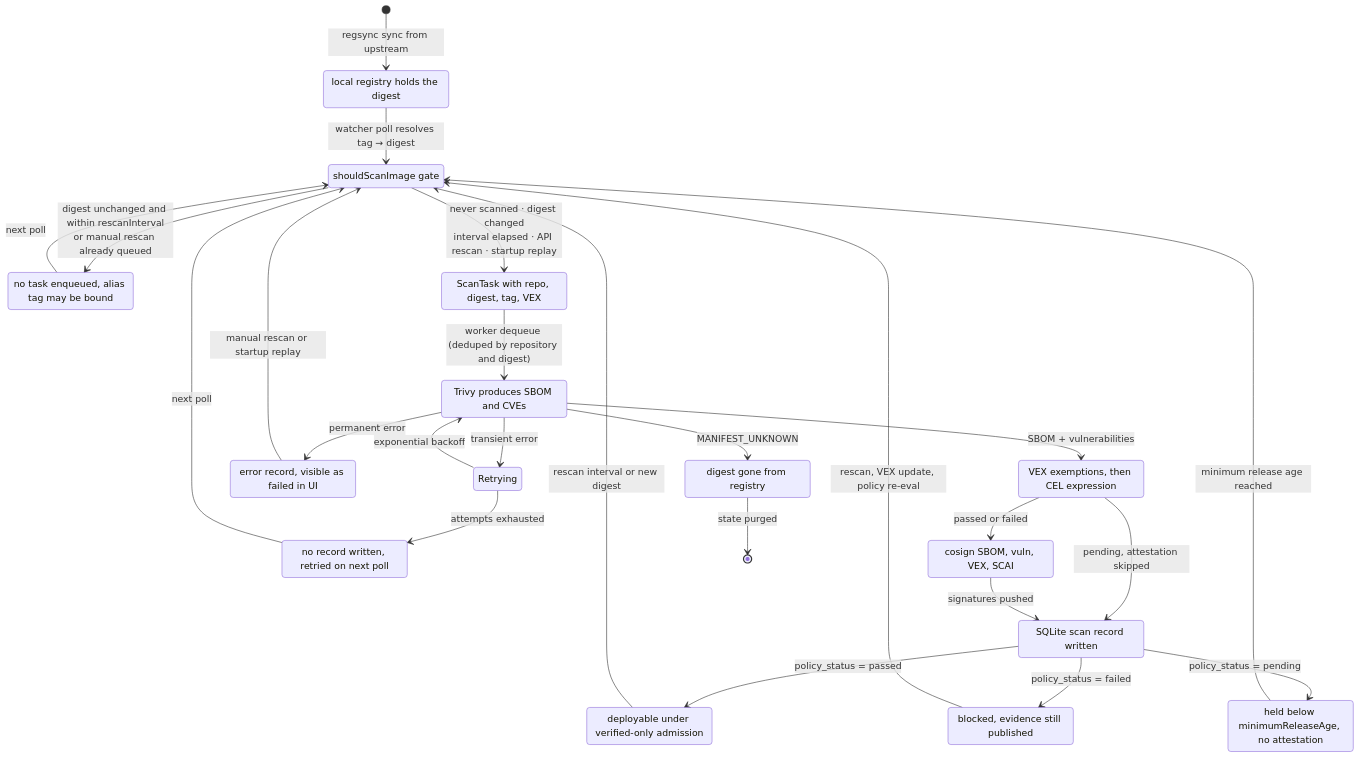
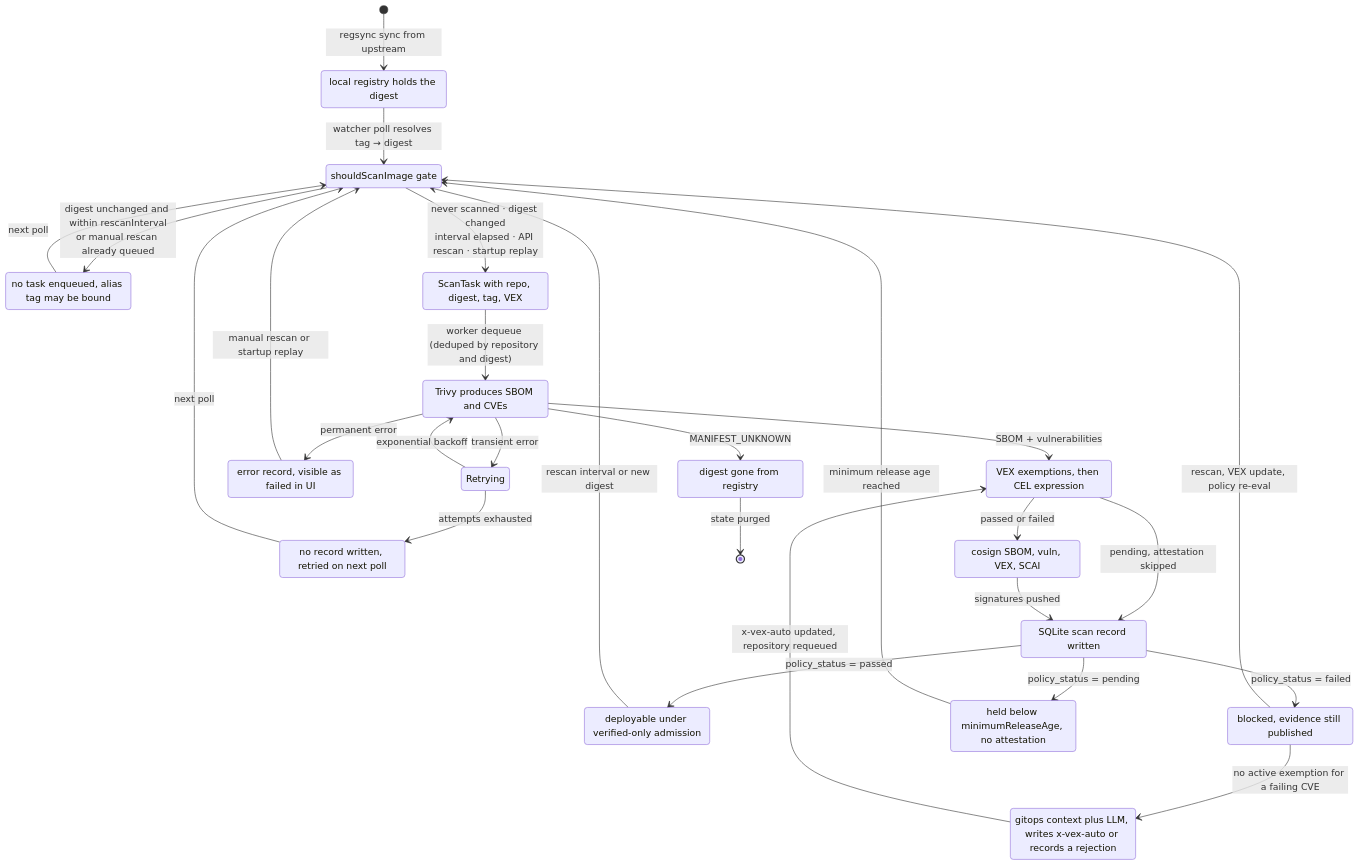
One commit to daimoniac/suppline changed the first of 3 diagrams in docs/STATE_MACHINE.md. Above: the diagram before and after it, drawn with Mermaid. The commit also changed other lines of this file and 52 other files, not shown here.

First line of the commit message:
feat(triage): decide policy exceptions from gitops context

````diff
--- a/docs/STATE_MACHINE.md
+++ b/docs/STATE_MACHINE.md
@@ -7,53 +7,56 @@
 ```mermaid
 stateDiagram-v2
     direction TB
 
     [*] --> Mirrored : regsync sync from upstream
 
     Mirrored --> Watched : watcher poll resolves tag → digest
 
     Watched --> Skipped : digest unchanged and within rescanInterval<br/>or manual rescan already queued
     Skipped --> Watched : next poll
 
     Watched --> Queued : never scanned · digest changed<br/>interval elapsed · API rescan · startup replay
 
     Queued --> Scanning : worker dequeue (deduped by repository and digest)
 
     Scanning --> Retrying : transient error
     Retrying --> Scanning : exponential backoff
     Retrying --> Abandoned : attempts exhausted
     Scanning --> ScanFailed : permanent error
     Scanning --> Vanished : MANIFEST_UNKNOWN
 
     Scanning --> Evaluating : SBOM + vulnerabilities
 
     Evaluating --> Attesting : passed or failed
     Evaluating --> Persisted : pending, attestation skipped
     Attesting --> Persisted : signatures pushed
 
     Persisted --> Passed : policy_status = passed
     Persisted --> Failed : policy_status = failed
     Persisted --> Pending : policy_status = pending
 
     Passed --> Watched : rescan interval or new digest
     Failed --> Watched : rescan, VEX update, policy re-eval
+    Failed --> Triage : no active exemption for a failing CVE
+    Triage --> Evaluating : x-vex-auto updated, repository requeued
     Pending --> Watched : minimum release age reached
     ScanFailed --> Watched : manual rescan or startup replay
     Abandoned --> Watched : next poll
     Vanished --> [*] : state purged
 
     Mirrored : local registry holds the digest
     Watched : shouldScanImage gate
     Skipped : no task enqueued, alias tag may be bound
     Queued : ScanTask with repo, digest, tag, VEX
     Scanning : Trivy produces SBOM and CVEs
     Evaluating : VEX exemptions, then CEL expression
     Attesting : cosign SBOM, vuln, VEX, SCAI
     Persisted : SQLite scan record written
     Passed : deployable under verified-only admission
     Failed : blocked, evidence still published
+    Triage : gitops context plus LLM, writes x-vex-auto or records a rejection
     Pending : held below minimumReleaseAge, no attestation
     ScanFailed : error record, visible as failed in UI
     Abandoned : no record written, retried on next poll
     Vanished : digest gone from registry
 ```
````
